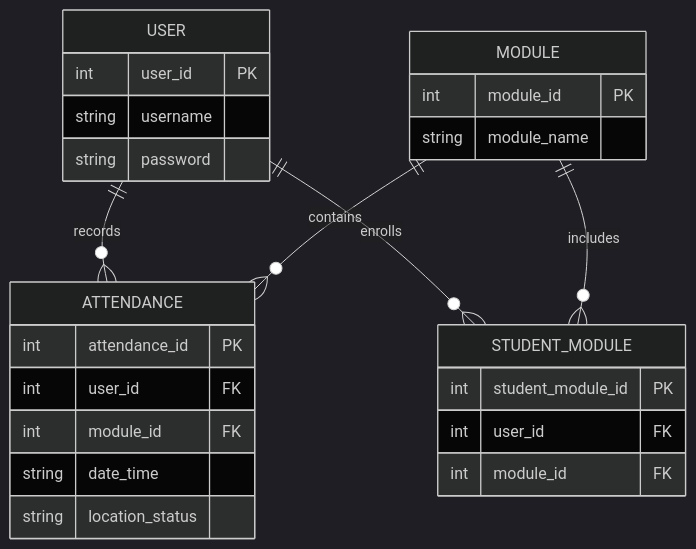
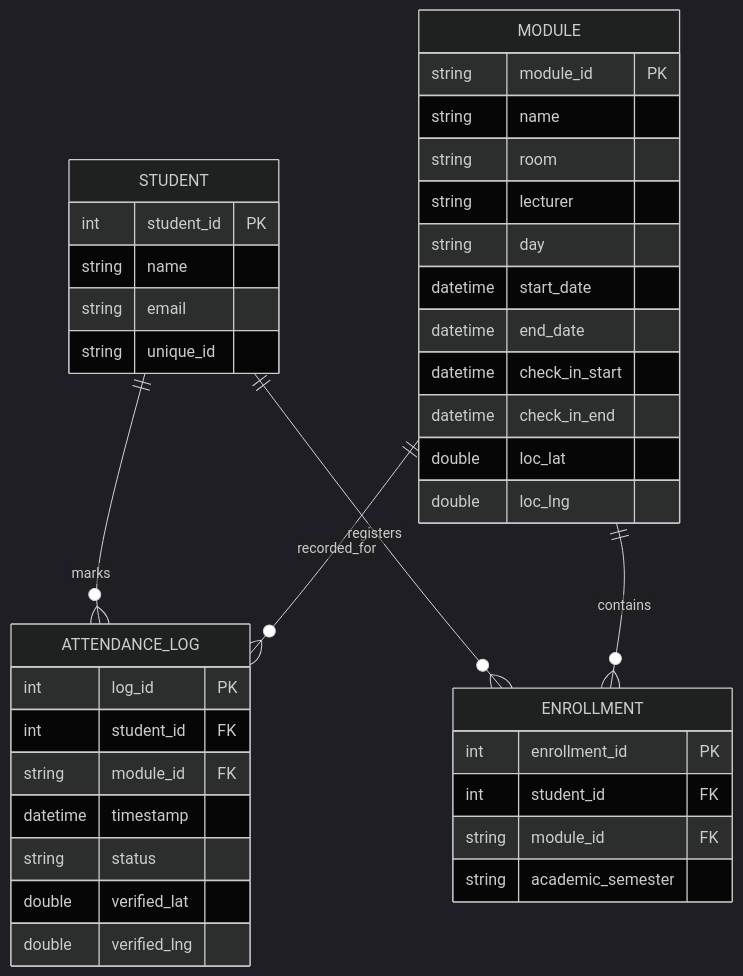
The sixth of 6 diagrams in docs/design-and-testing.md (NaikAtharva002/java-vithyarthi-project), drawn with Mermaid (dark theme) before and after one commit. The commit also changed other lines of this file and 23 other files, not shown here.

````diff
--- a/docs/design-and-testing.md
+++ b/docs/design-and-testing.md
@@ -113,29 +334,45 @@
 ```mermaid
 erDiagram
-    USER ||--o{ ATTENDANCE : records
-    MODULE ||--o{ ATTENDANCE : contains
-    USER ||--o{ STUDENT_MODULE : enrolls
-    MODULE ||--o{ STUDENT_MODULE : includes
+    STUDENT ||--o{ ATTENDANCE_LOG : marks
+    STUDENT ||--o{ ENROLLMENT : registers
+    MODULE ||--o{ ENROLLMENT : contains
+    MODULE ||--o{ ATTENDANCE_LOG : recorded_for
 
-    USER {
-        int user_id PK
-        string username
-        string password
+    STUDENT {
+        int student_id PK
+        string name
+        string email
+        string unique_id
     }
+
     MODULE {
-        int module_id PK
-        string module_name
+        string module_id PK
+        string name
+        string room
+        string lecturer
+        string day
+        datetime start_date
+        datetime end_date
+        datetime check_in_start
+        datetime check_in_end
+        double loc_lat
+        double loc_lng
     }
-    STUDENT_MODULE {
-        int student_module_id PK
-        int user_id FK
-        int module_id FK
+
+    ENROLLMENT {
+        int enrollment_id PK
+        int student_id FK
+        string module_id FK
+        string academic_semester
     }
-    ATTENDANCE {
-        int attendance_id PK
-        int user_id FK
-        int module_id FK
-        string date_time
-        string location_status
+
+    ATTENDANCE_LOG {
+        int log_id PK
+        int student_id FK
+        string module_id FK
+        datetime timestamp
+        string status
+        double verified_lat
+        double verified_lng
     }
 ```
````
